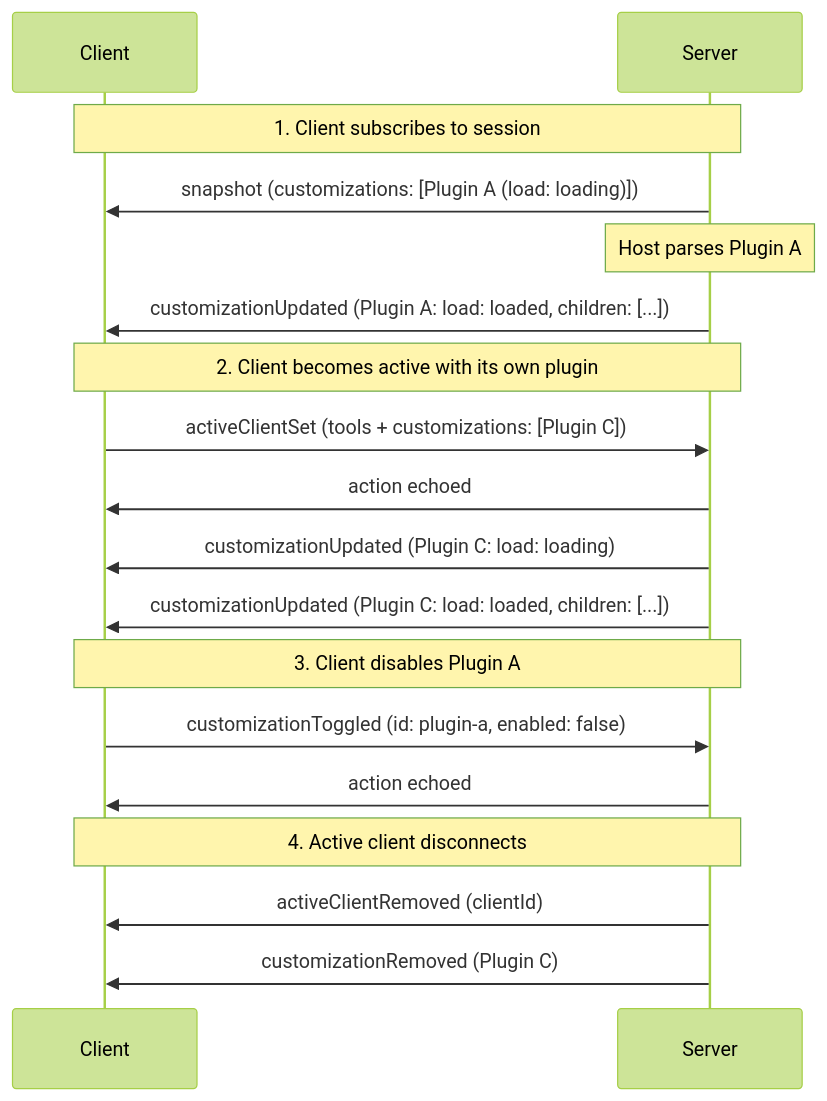
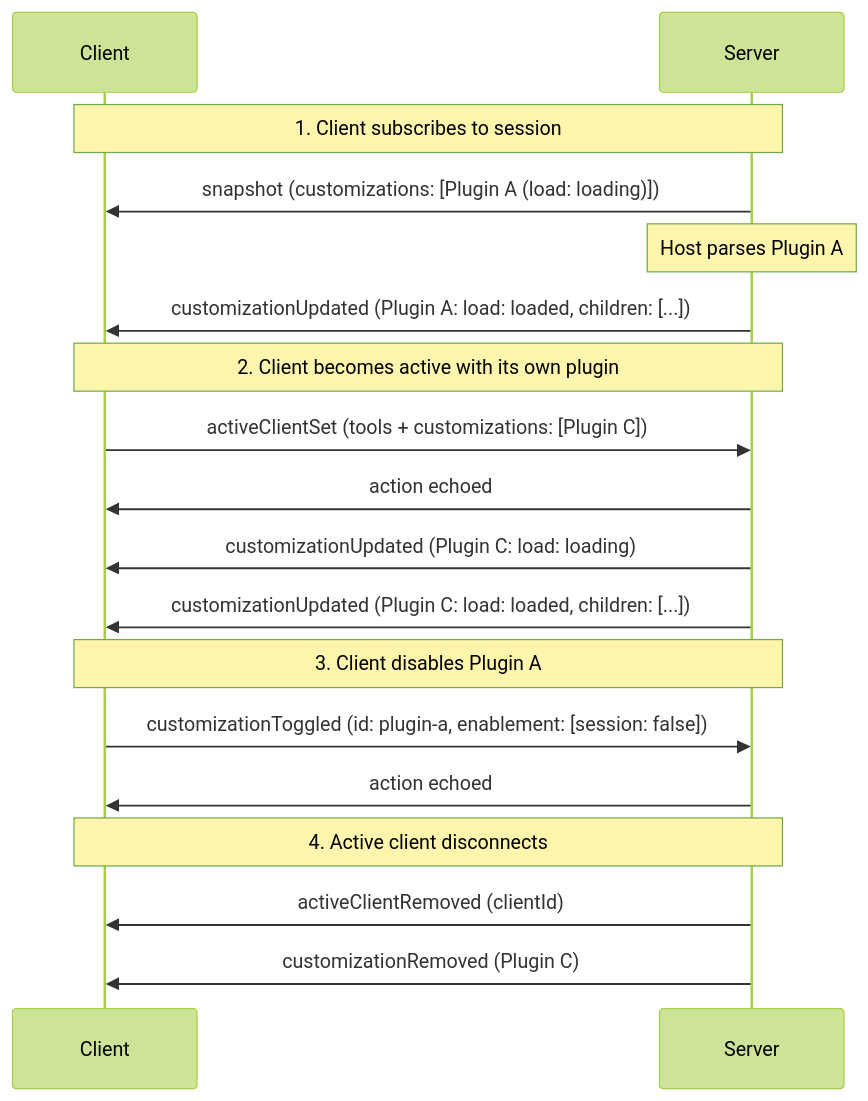
Before and after one commit to microsoft/agent-host-protocol: the seventh of 7 diagrams in docs/guide/customizations.md, drawn with Mermaid (forest theme). The commit also changed other lines of this file and 43 other files, not shown here.

Commit message:
session: scoped customization enablement

````diff
--- a/docs/guide/customizations.md
+++ b/docs/guide/customizations.md
@@ -437,31 +447,31 @@
 ```mermaid
 sequenceDiagram
     participant Client
     participant Server
 
     Note over Client,Server: 1. Client subscribes to session
 
     Server->>Client: snapshot (customizations: [Plugin A (load: loading)])
 
     Note over Server: Host parses Plugin A
 
     Server->>Client: customizationUpdated (Plugin A: load: loaded, children: [...])
 
     Note over Client,Server: 2. Client becomes active with its own plugin
 
     Client->>Server: activeClientSet (tools + customizations: [Plugin C])
     Server->>Client: action echoed
 
     Server->>Client: customizationUpdated (Plugin C: load: loading)
     Server->>Client: customizationUpdated (Plugin C: load: loaded, children: [...])
 
     Note over Client,Server: 3. Client disables Plugin A
 
-    Client->>Server: customizationToggled (id: plugin-a, enabled: false)
+    Client->>Server: customizationToggled (id: plugin-a, enablement: [session: false])
     Server->>Client: action echoed
 
     Note over Client,Server: 4. Active client disconnects
 
     Server->>Client: activeClientRemoved (clientId)
     Server->>Client: customizationRemoved (Plugin C)
 ```
````
